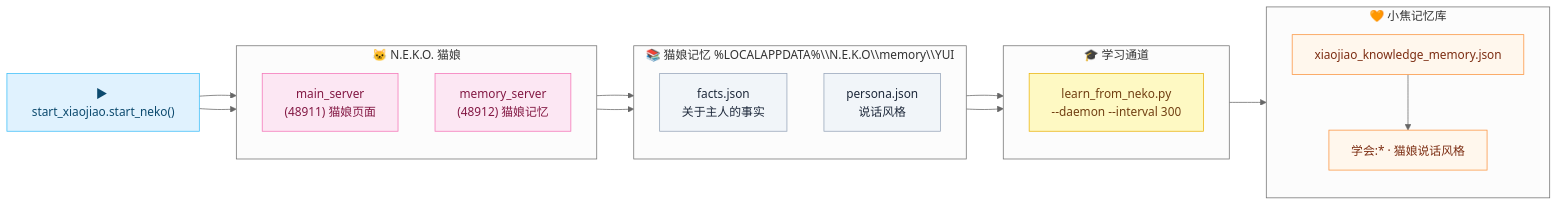
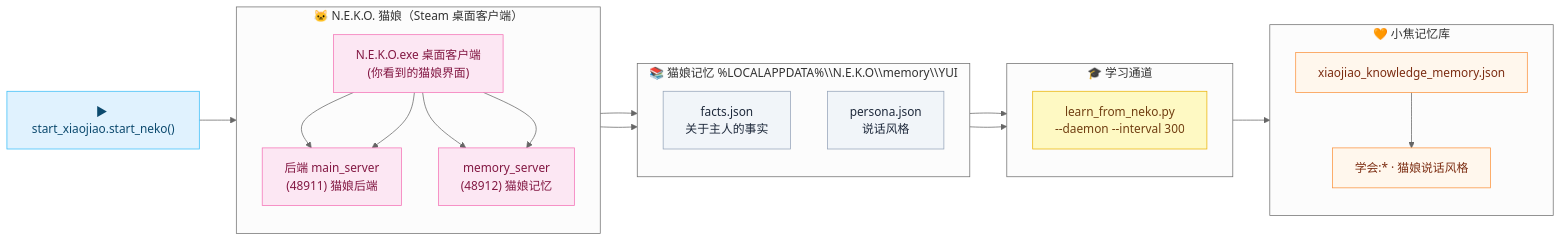
The third of 3 diagrams in docs/architecture.md (jiangchuangege/xiaojiao-harness), drawn with Mermaid (neutral theme) before and after one commit. The commit also changed other lines of this file, not shown here.

Commit message:
fix: N.E.K.O. entry is Steam desktop client (N.E.K.O.exe), not web 48911; auto-detect+launch client; docs corrected

````diff
--- a/docs/architecture.md
+++ b/docs/architecture.md
@@ -239,43 +239,46 @@
 ```mermaid
 flowchart LR
     ST["▶ start_xiaojiao.start_neko()"]
 
-    subgraph NEKO_SRV["🐱 N.E.K.O. 猫娘"]
+    subgraph NEKO_SRV["🐱 N.E.K.O. 猫娘（Steam 桌面客户端）"]
         direction TB
-        MS["main_server<br/>(48911) 猫娘页面"]
+        APP["N.E.K.O.exe 桌面客户端<br/>(你看到的猫娘界面)"]
+        MS["后端 main_server<br/>(48911) 猫娘后端"]
         MEM["memory_server<br/>(48912) 猫娘记忆"]
+        APP --> MS & MEM
     end
 
     subgraph SRC["📚 猫娘记忆 %LOCALAPPDATA%\\N.E.K.O\\memory\\YUI"]
         direction TB
         FACTS["facts.json<br/>关于主人的事实"]
         PERSONA["persona.json<br/>说话风格"]
     end
 
     subgraph LEARN_FLOW["🎓 学习通道"]
         direction TB
         LEARN["learn_from_neko.py<br/>--daemon --interval 300"]
     end
 
     subgraph XJ_MEM["🧡 小焦记忆库"]
         direction TB
         KNOW["xiaojiao_knowledge_memory.json"]
         K2["学会:* · 猫娘说话风格"]
     end
 
-    ST --> MS & MEM
+    ST --> APP
+    APP --> MS & MEM
     MS --> FACTS & PERSONA
     FACTS & PERSONA --> LEARN
     LEARN --> KNOW --> K2
 
     classDef st fill:#e0f2fe,stroke:#38bdf8,color:#0c4a6e;
     classDef neko fill:#fce7f3,stroke:#f472b6,color:#831843;
     classDef src fill:#f1f5f9,stroke:#94a3b8,color:#1e293b;
     classDef lrn fill:#fef9c3,stroke:#eab308,color:#713f12;
     classDef xj fill:#fff7ed,stroke:#fb923c,color:#7c2d12;
     class ST st;
-    class MS,MEM neko;
+    class APP,MS,MEM neko;
     class FACTS,PERSONA src;
     class LEARN lrn;
     class KNOW,K2 xj;
 ```
````
